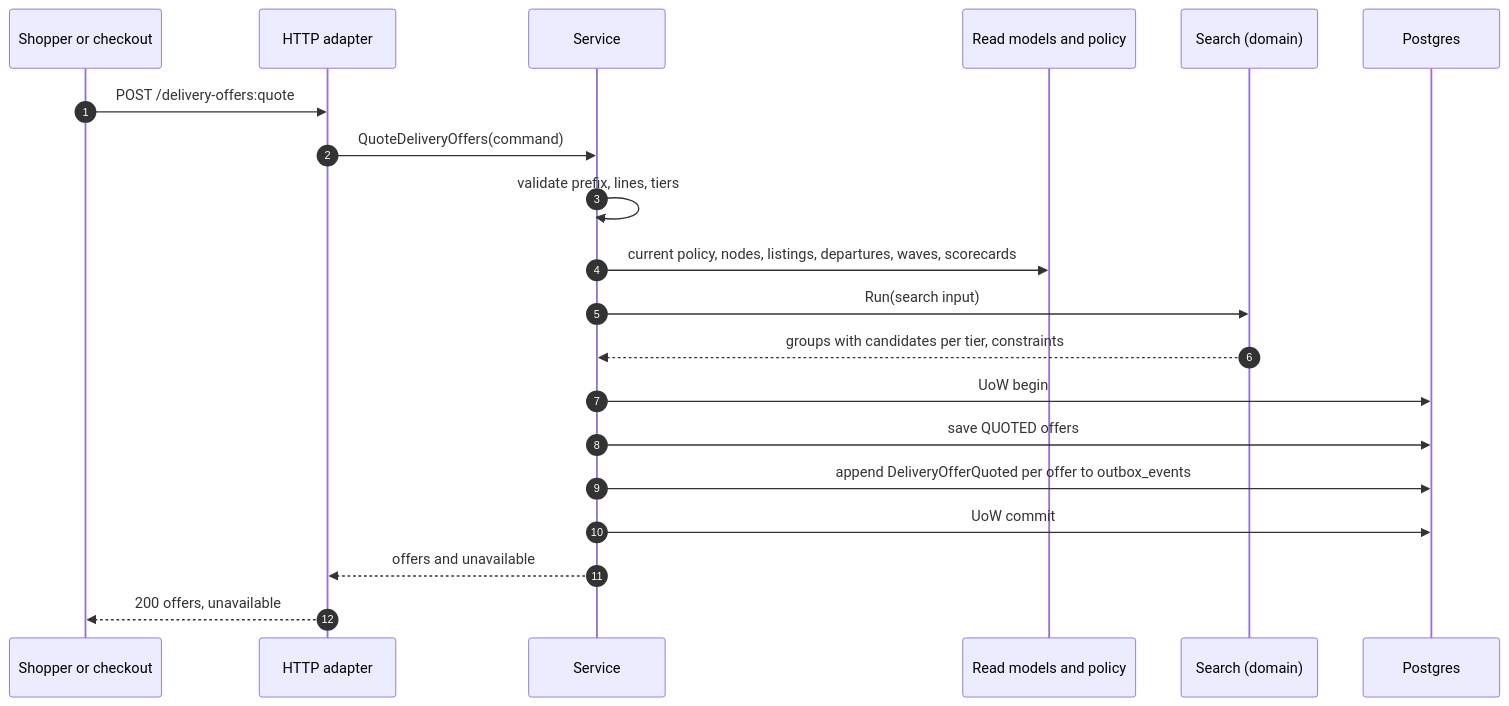
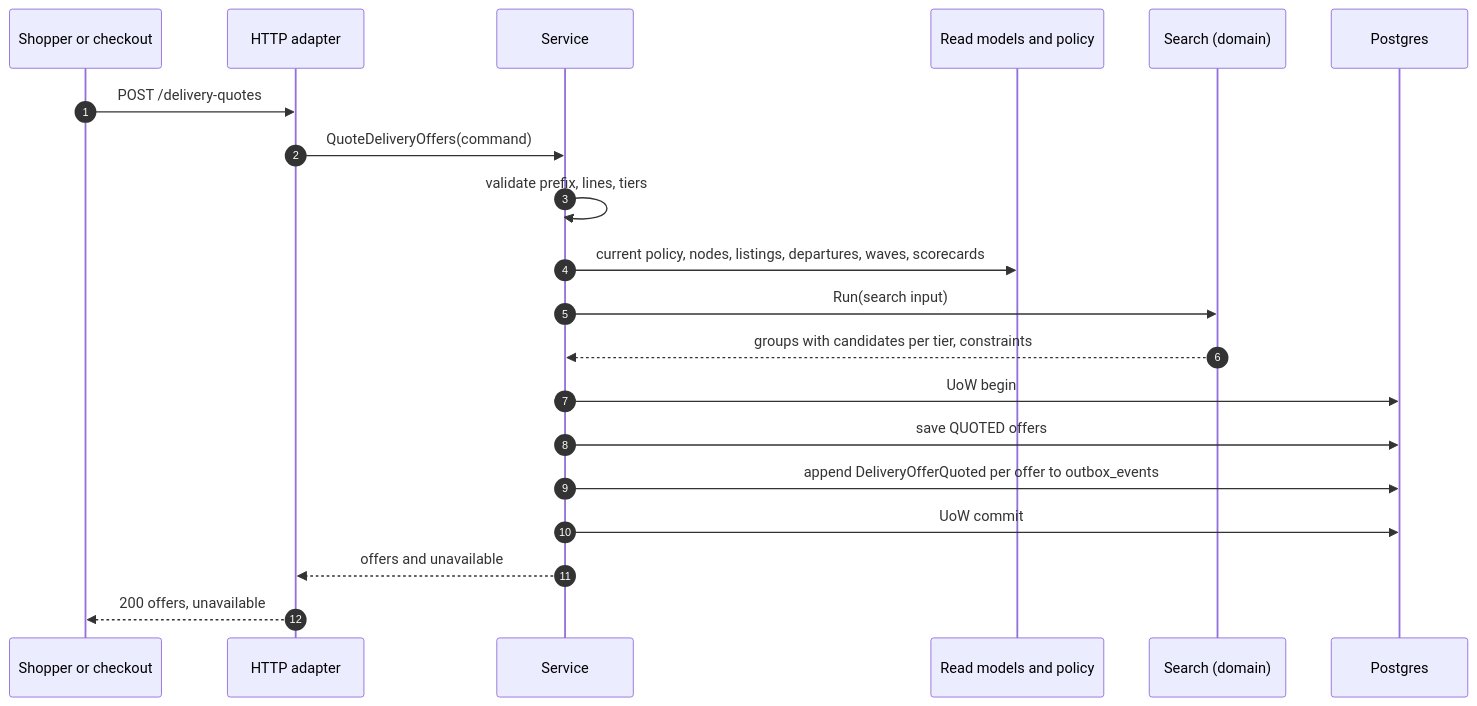
The first of 9 diagrams in docs/docs/ddd/sequence-diagrams.md (IQVO/delivery-promise), drawn with Mermaid before and after one commit. The commit also changed other lines of this file and 31 other files, not shown here.

````diff
--- a/docs/docs/ddd/sequence-diagrams.md
+++ b/docs/docs/ddd/sequence-diagrams.md
@@ -14,22 +14,22 @@
 ```mermaid
 sequenceDiagram
   autonumber
   participant C as Shopper or checkout
   participant H as HTTP adapter
   participant S as Service
   participant R as Read models and policy
   participant D as Search (domain)
   participant DB as Postgres
-  C->>H: POST /delivery-offers:quote
+  C->>H: POST /delivery-quotes
   H->>S: QuoteDeliveryOffers(command)
   S->>S: validate prefix, lines, tiers
   S->>R: current policy, nodes, listings, departures, waves, scorecards
   S->>D: Run(search input)
   D-->>S: groups with candidates per tier, constraints
   S->>DB: UoW begin
   S->>DB: save QUOTED offers
   S->>DB: append DeliveryOfferQuoted per offer to outbox_events
   S->>DB: UoW commit
   S-->>H: offers and unavailable
   H-->>C: 200 offers, unavailable
 ```
````
